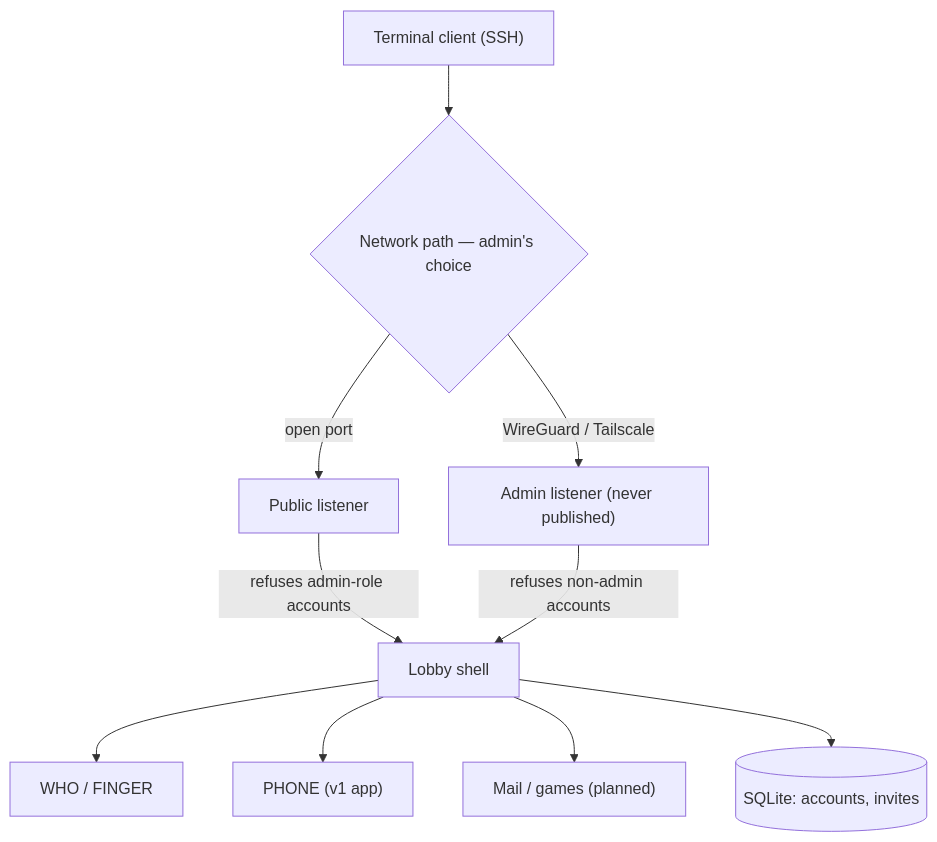
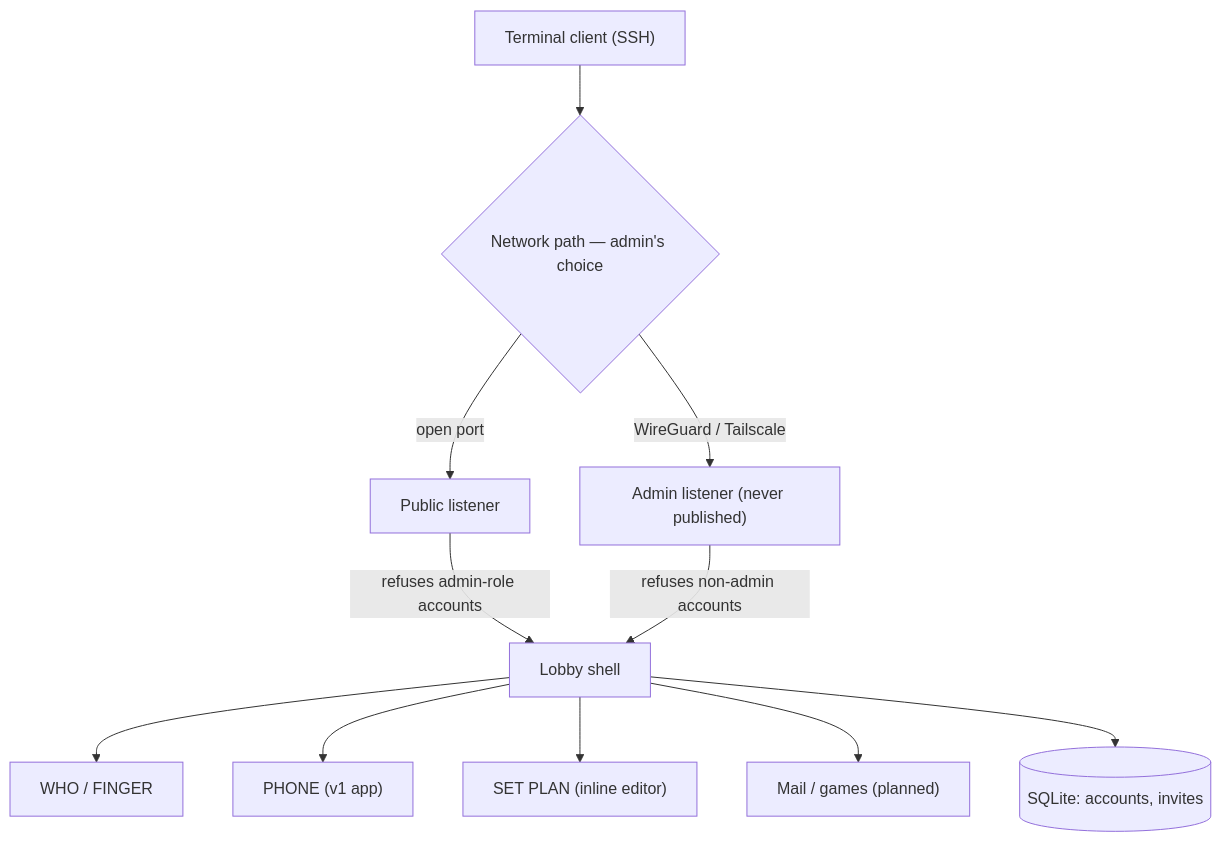
The first of 3 diagrams in docs/design-doc.md (klingon00/retro-vax-bbs), drawn with Mermaid before and after one commit. The commit also changed other lines of this file and 7 other files, not shown here.

First line of the commit message:
feat: SET PLAN command with inline textarea editor

````diff
--- a/docs/design-doc.md
+++ b/docs/design-doc.md
@@ -35,12 +35,13 @@
 ```mermaid
 flowchart TD
     C["Terminal client (SSH)"] --> T{"Network path — admin's choice"}
     T -->|"open port"| PL["Public listener"]
     T -->|"WireGuard / Tailscale"| AL["Admin listener (never published)"]
     PL -->|"refuses admin-role accounts"| L["Lobby shell"]
     AL -->|"refuses non-admin accounts"| L
     L --> WF["WHO / FINGER"]
     L --> PH["PHONE (v1 app)"]
+    L --> SP["SET PLAN (inline editor)"]
     L --> FT["Mail / games (planned)"]
     L --> DB[("SQLite: accounts, invites")]
 ```
````
